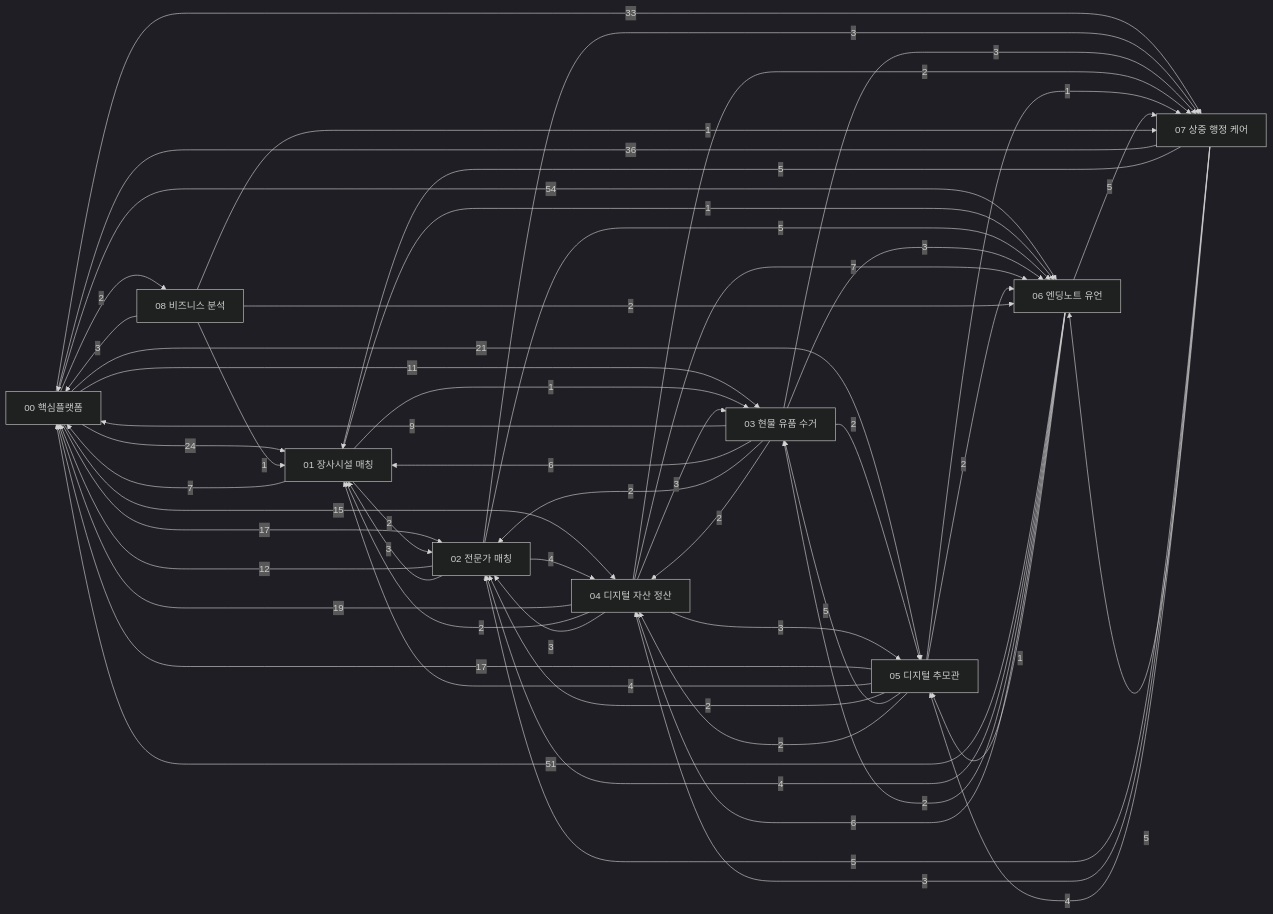
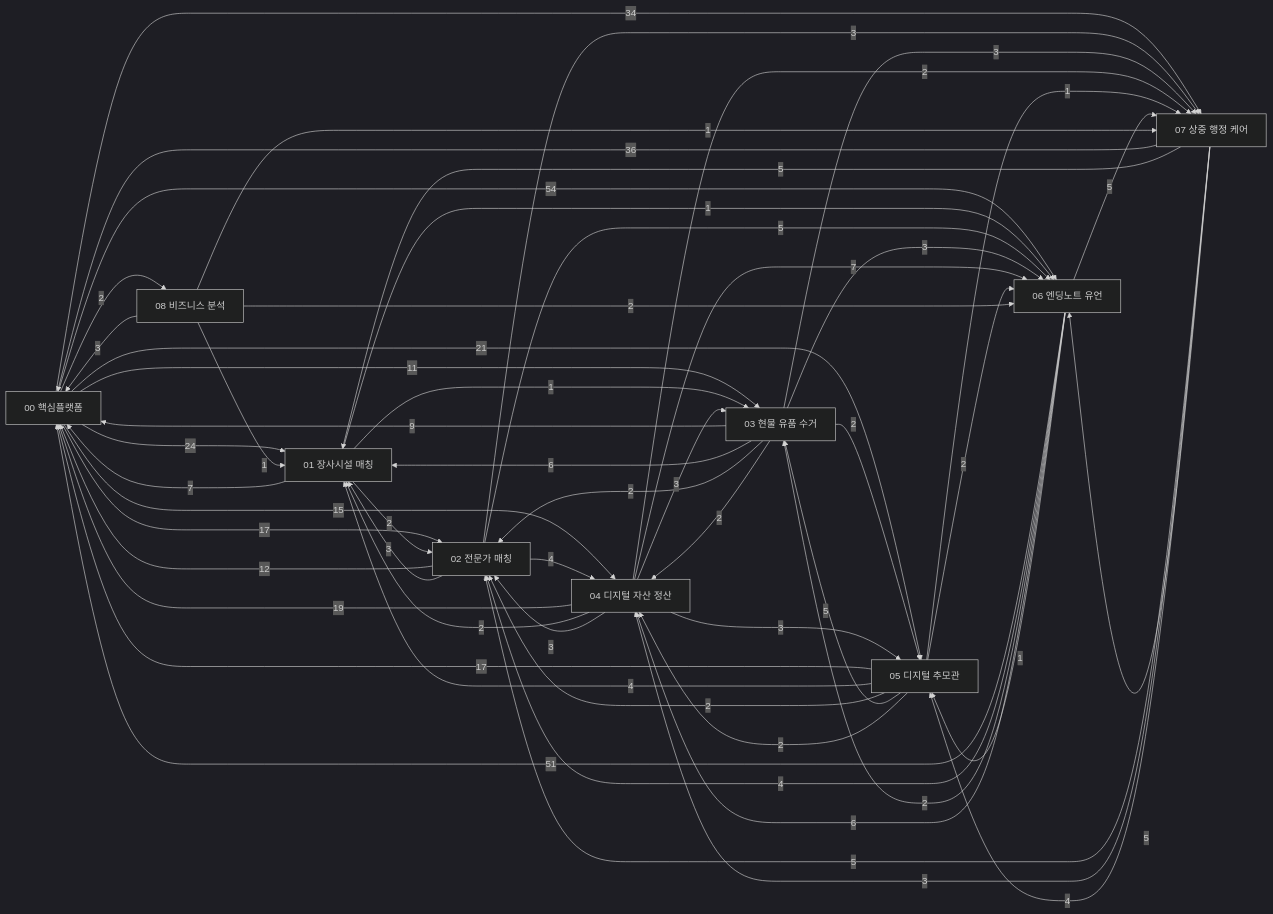
One commit to Hyunews/Eobom changed the diagram in docs/00_DOCS_INDEX.md. Above: the diagram before and after it, drawn with Mermaid (dark theme). The commit also changed other lines of this file and 9 other files, not shown here.

````diff
--- a/docs/00_DOCS_INDEX.md
+++ b/docs/00_DOCS_INDEX.md
@@ -67,66 +67,66 @@
 ```mermaid
 flowchart LR
   D00["00 핵심플랫폼"]
   D01["01 장사시설 매칭"]
   D02["02 전문가 매칭"]
   D03["03 현물 유품 수거"]
   D04["04 디지털 자산 정산"]
   D05["05 디지털 추모관"]
   D06["06 엔딩노트 유언"]
   D07["07 상중 행정 케어"]
   D08["08 비즈니스 분석"]
   D00 -->|24| D01
   D00 -->|17| D02
   D00 -->|11| D03
   D00 -->|15| D04
   D00 -->|21| D05
   D00 -->|54| D06
-  D00 -->|33| D07
+  D00 -->|34| D07
   D00 -->|2| D08
   D01 -->|7| D00
   D01 -->|2| D02
   D01 -->|1| D03
   D01 -->|1| D06
   D02 -->|12| D00
   D02 -->|3| D01
   D02 -->|4| D04
   D02 -->|5| D06
   D02 -->|3| D07
   D03 -->|9| D00
   D03 -->|6| D01
   D03 -->|2| D02
   D03 -->|2| D04
   D03 -->|2| D05
   D03 -->|3| D06
   D03 -->|3| D07
   D04 -->|19| D00
   D04 -->|2| D01
   D04 -->|3| D02
   D04 -->|3| D03
   D04 -->|3| D05
   D04 -->|7| D06
   D04 -->|2| D07
   D05 -->|17| D00
   D05 -->|4| D01
   D05 -->|2| D02
   D05 -->|5| D03
   D05 -->|2| D04
   D05 -->|2| D06
   D05 -->|1| D07
   D06 -->|51| D00
   D06 -->|4| D02
   D06 -->|2| D03
   D06 -->|6| D04
   D06 -->|1| D05
   D06 -->|5| D07
   D07 -->|36| D00
   D07 -->|5| D01
   D07 -->|5| D02
   D07 -->|3| D04
   D07 -->|4| D05
   D07 -->|5| D06
   D08 -->|3| D00
   D08 -->|1| D01
   D08 -->|2| D06
   D08 -->|1| D07
 ```
````
